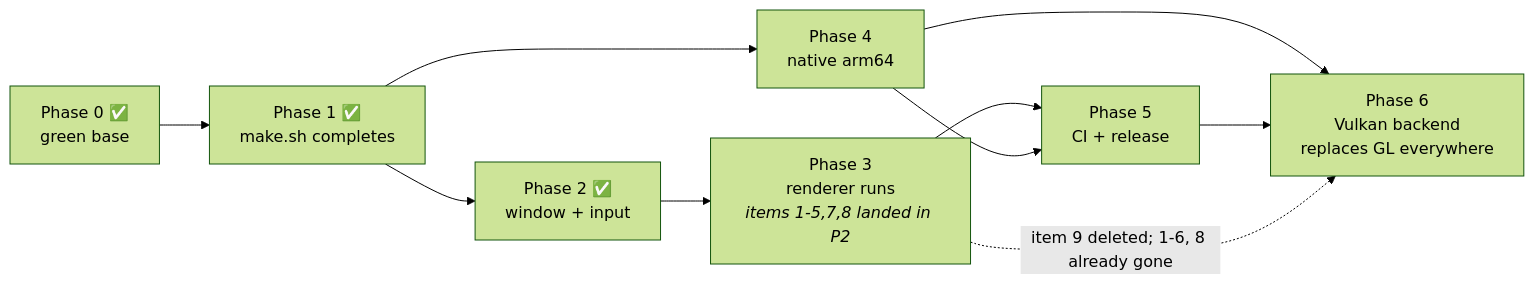
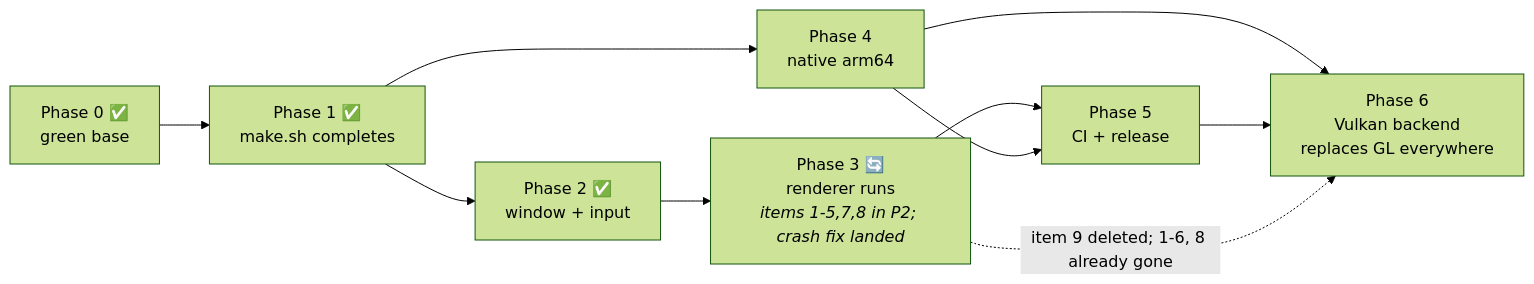
The diagram in PLAN.md (nsillik/bonsai), drawn with Mermaid (forest theme) before and after one commit. The commit also changed other lines of this file, not shown here.

First line of the commit message:
PLAN.md: record first Phase 3 session

````diff
--- a/PLAN.md
+++ b/PLAN.md
@@ -76,12 +101,12 @@
 ```mermaid
 graph LR
   P0["Phase 0 ✅<br/>green base"] --> P1["Phase 1 ✅<br/>make.sh completes"]
   P1 --> P2["Phase 2 ✅<br/>window + input"]
-  P2 --> P3["Phase 3<br/>renderer runs<br/><i>items 1-5,7,8 landed in P2</i>"]
+  P2 --> P3["Phase 3 🔄<br/>renderer runs<br/><i>items 1-5,7,8 in P2; crash fix landed</i>"]
   P1 --> P4["Phase 4<br/>native arm64"]
   P3 --> P5["Phase 5<br/>CI + release"]
   P4 --> P5
   P4 --> P6["Phase 6<br/>Vulkan backend<br/>replaces GL everywhere"]
   P5 --> P6
   P3 -.->|"item 9 deleted; 1-6, 8 already gone"| P6
 ```
````
